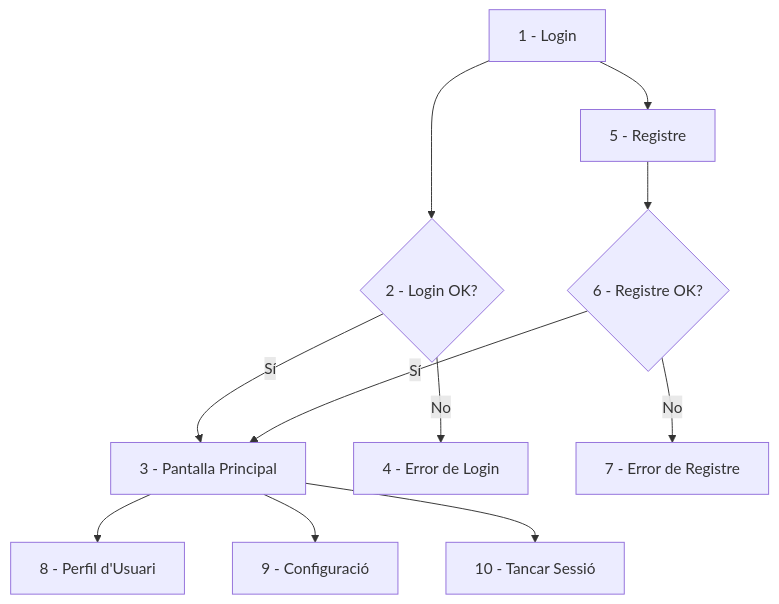
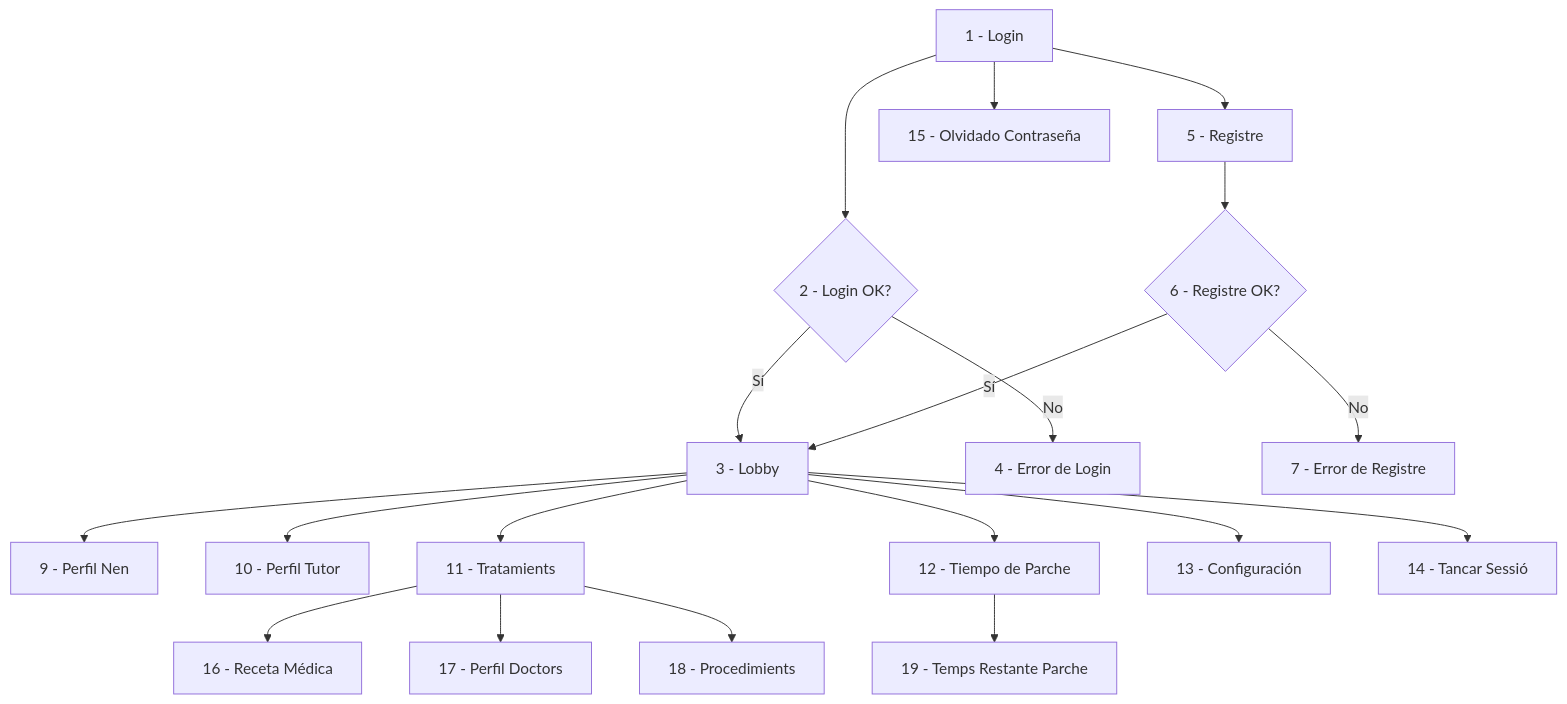
The diagram in charts/DiagramaFluxeWireframe.mermaid (atlas-74/tapatapp), drawn with Mermaid before and after one commit.

```diff
--- a/charts/DiagramaFluxeWireframe.mermaid
+++ b/charts/DiagramaFluxeWireframe.mermaid
@@ -1,11 +1,21 @@
 flowchart TD
     A[1 - Login] --> B{2 - Login OK?}
-    B -- Sí --> C[3 - Pantalla Principal]
+    B -- Sí --> C[3 - Lobby]
     B -- No --> D[4 - Error de Login]
     A --> E[5 - Registre]
     E --> F{6 - Registre OK?}
     F -- Sí --> C
     F -- No --> G[7 - Error de Registre]
-    C --> H[8 - Perfil d'Usuari]
-    C --> I[9 - Configuració]
-    C --> J[10 - Tancar Sessió]
+    C --> H[9 - Perfil Nen]
+    C --> I[10 - Perfil Tutor]
+    C --> J[11 - Tratamients]
+    C --> K[12 - Tiempo de Parche]
+    C --> L[13 - Configuración]
+    C --> M[14 - Tancar Sessió]
+    A --> N[15 - Olvidado Contraseña]
+    
+    J --> O[16 - Receta Médica]
+    J --> P[17 - Perfil Doctors]
+    J --> Q[18 - Procedimients]
+
+    K --> R[19 - Temps Restante Parche]
```
